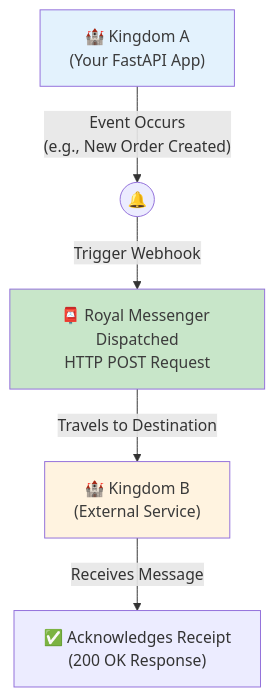
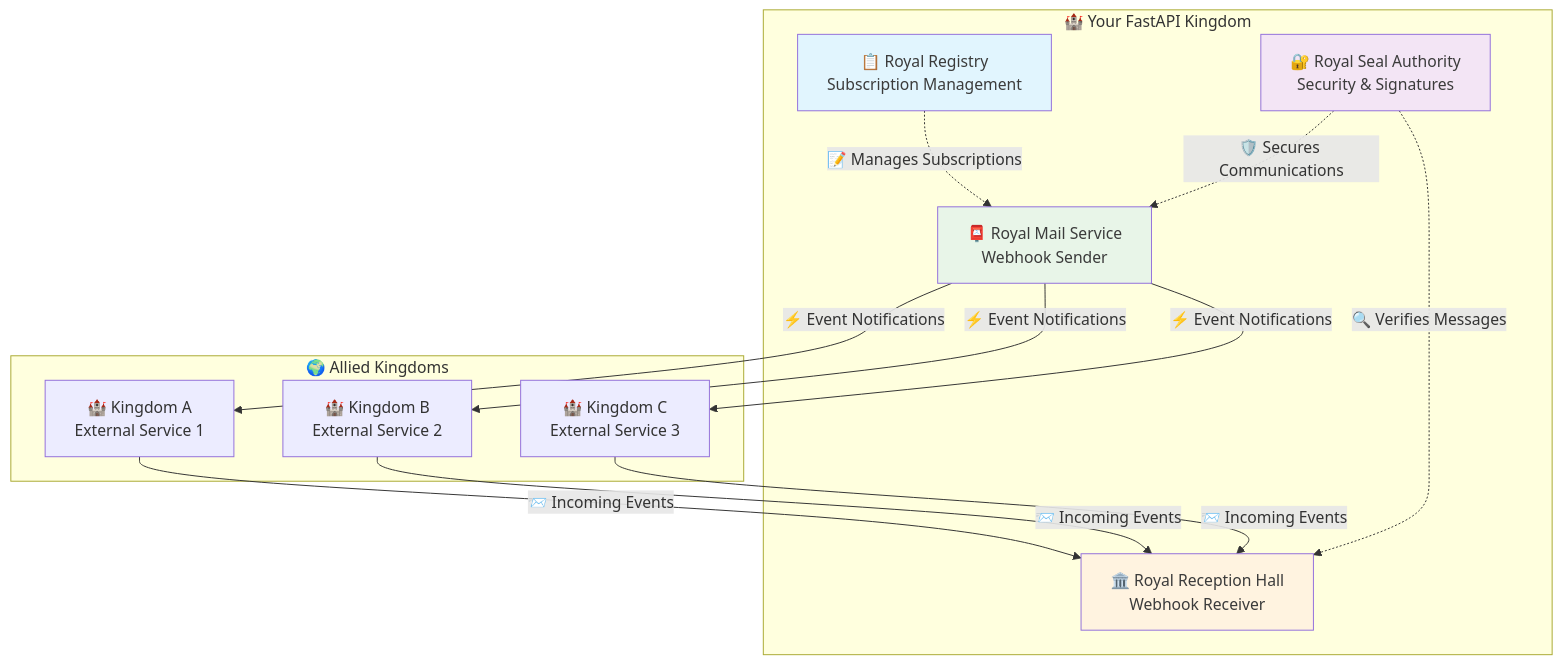
One commit to ridwanspace/restful-fastapi-guideline changed the first of 9 diagrams in app/docs/04_advanced/02-implementing-webhooks/page.mdx. Above: the diagram before and after it, drawn with Mermaid. The commit also changed other lines of this file and 1 other file, not shown here.

First line of the commit message:
📝 docs(webhooks): enhance webhook documentation for clarity and enterprise readiness

````diff
--- a/app/docs/04_advanced/02-implementing-webhooks/page.mdx
+++ b/app/docs/04_advanced/02-implementing-webhooks/page.mdx
@@ -17,11 +24,32 @@
 ```mermaid
-graph TD
-    A["🏰 Kingdom A<br/>(Your FastAPI App)"] -->|"Event Occurs<br/>(e.g., New Order Created)"| B((🔔))
-    B -- "Trigger Webhook" --> C["📮 Royal Messenger Dispatched<br/>HTTP POST Request"]
-    C -- "Travels to Destination" --> D["🏰 Kingdom B<br/>(External Service)"]
-    D -- "Receives Message" --> E["✅ Acknowledges Receipt<br/>(200 OK Response)"]
-
-    style A fill:#e3f2fd,color:#3b3b3b
-    style D fill:#fff3e0,color:#3b3b3b
-    style C fill:#c8e6c9,color:#3b3b3b
+graph TB
+    subgraph "🏰 Your FastAPI Kingdom"
+        A[📮 Royal Mail Service<br/>Webhook Sender]
+        B[🏛️ Royal Reception Hall<br/>Webhook Receiver]
+        C[📋 Royal Registry<br/>Subscription Management]
+        D[🔐 Royal Seal Authority<br/>Security & Signatures]
+    end
+    
+    subgraph "🌍 Allied Kingdoms"
+        E[🏰 Kingdom A<br/>External Service 1]
+        F[🏰 Kingdom B<br/>External Service 2]
+        G[🏰 Kingdom C<br/>External Service 3]
+    end
+    
+    A -->|"⚡ Event Notifications"| E
+    A -->|"⚡ Event Notifications"| F
+    A -->|"⚡ Event Notifications"| G
+    
+    E -->|"📨 Incoming Events"| B
+    F -->|"📨 Incoming Events"| B
+    G -->|"📨 Incoming Events"| B
+    
+    C -.->|"📝 Manages Subscriptions"| A
+    D -.->|"🛡️ Secures Communications"| A
+    D -.->|"🔍 Verifies Messages"| B
+    
+    style A fill:#e8f5e8,color:#3b3b3b
+    style B fill:#fff3e0,color:#3b3b3b
+    style C fill:#e1f5fe,color:#3b3b3b
+    style D fill:#f3e5f5,color:#3b3b3b
 ```
````
